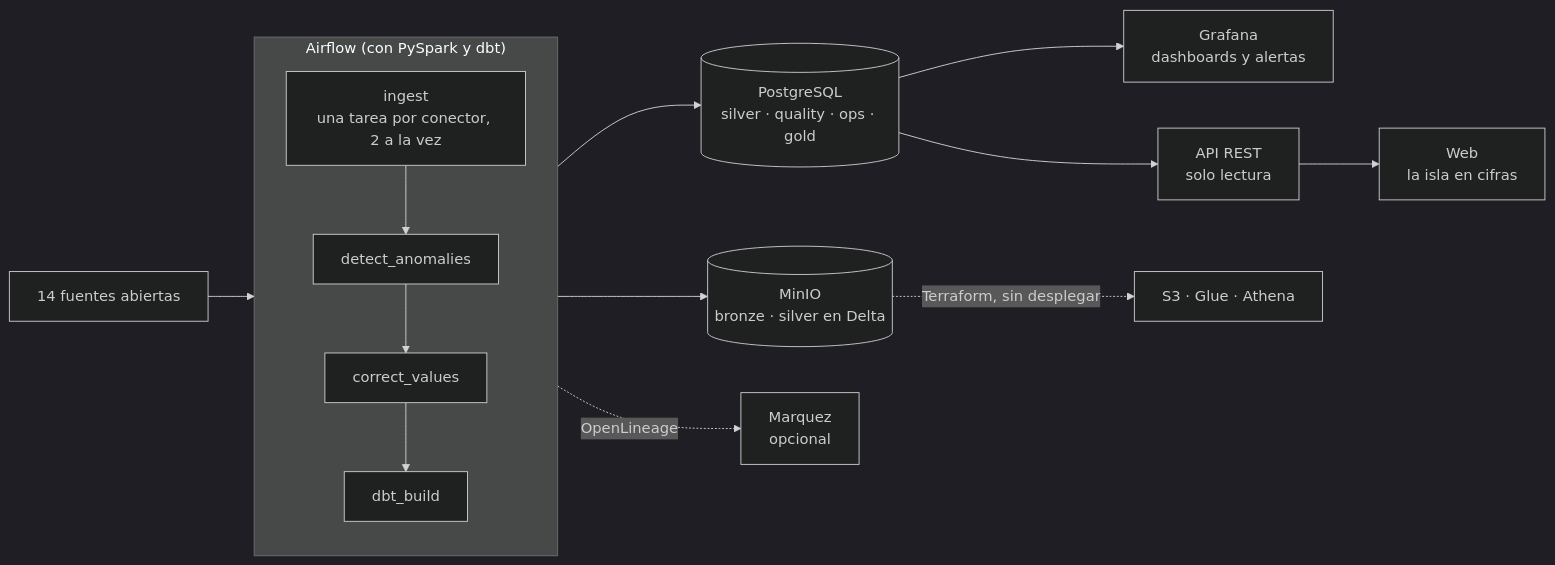
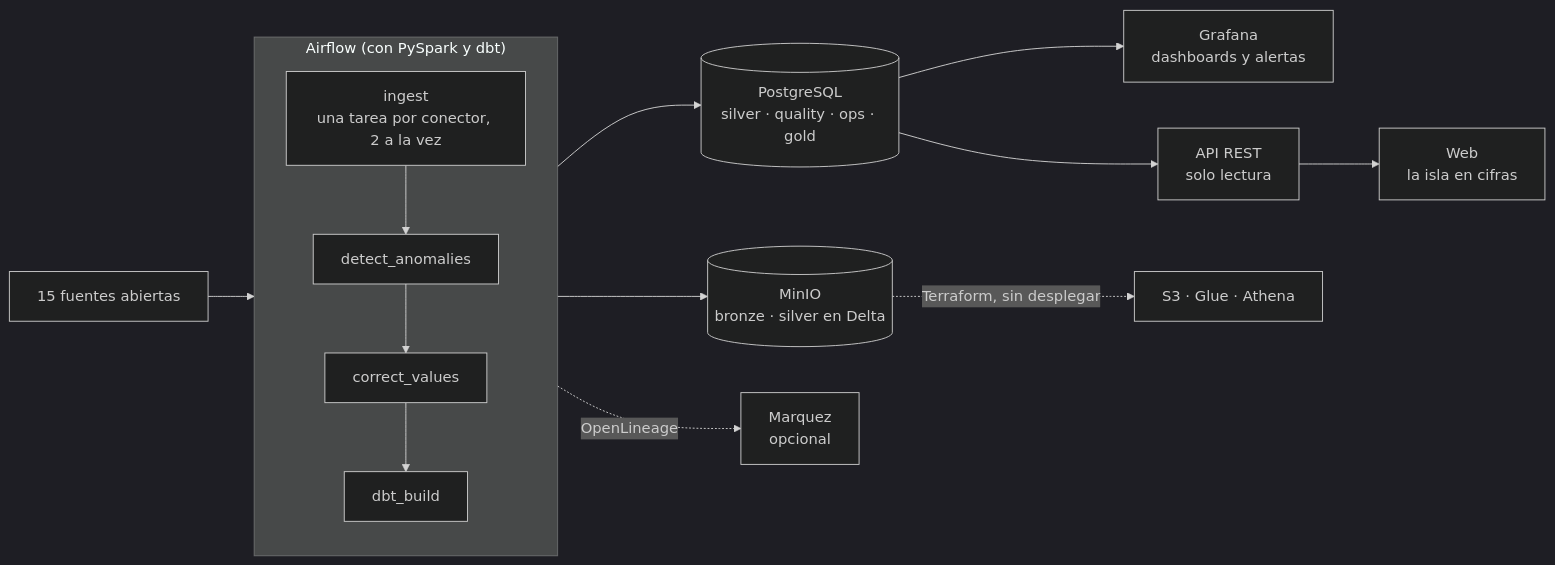
The first of 2 diagrams in docs/architecture.md (AlexandreColl/MallorcaDataPlatform), drawn with Mermaid (dark theme) before and after one commit. The commit also changed 8 other files, not shown here.

Commit message:
📝 docs: the Ibestat connector in the readme, the diagram and the changelog

````diff
--- a/docs/architecture.md
+++ b/docs/architecture.md
@@ -28,14 +28,14 @@
 ```mermaid
 flowchart LR
-    SRC["14 fuentes abiertas"] --> AF
+    SRC["15 fuentes abiertas"] --> AF
     subgraph AF["Airflow (con PySpark y dbt)"]
         direction TB
         ING["ingest<br/>una tarea por conector, 2 a la vez"] --> DET[detect_anomalies] --> COR[correct_values] --> DBT[dbt_build]
     end
     AF --> MINIO[("MinIO<br/>bronze · silver en Delta")]
     AF --> PG[("PostgreSQL<br/>silver · quality · ops · gold")]
     PG --> GF["Grafana<br/>dashboards y alertas"]
     PG --> API["API REST<br/>solo lectura"] --> WEB["Web<br/>la isla en cifras"]
     AF -.->|OpenLineage| MQ["Marquez<br/>opcional"]
     MINIO -.->|"Terraform, sin desplegar"| AWS["S3 · Glue · Athena"]
 ```
````
